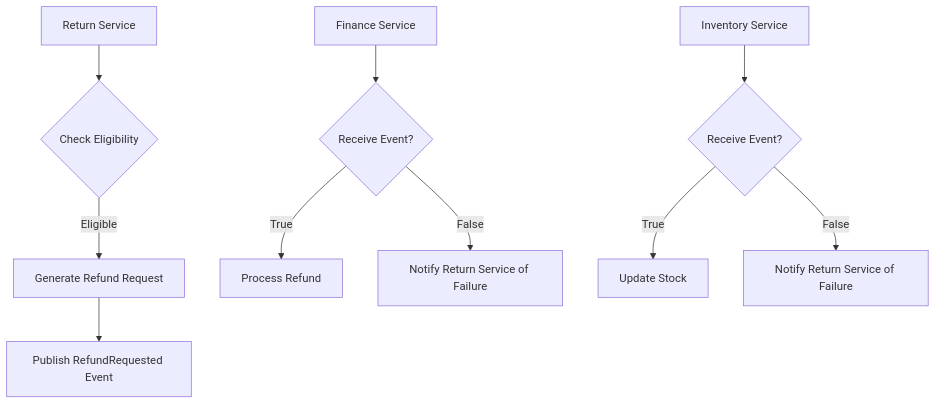
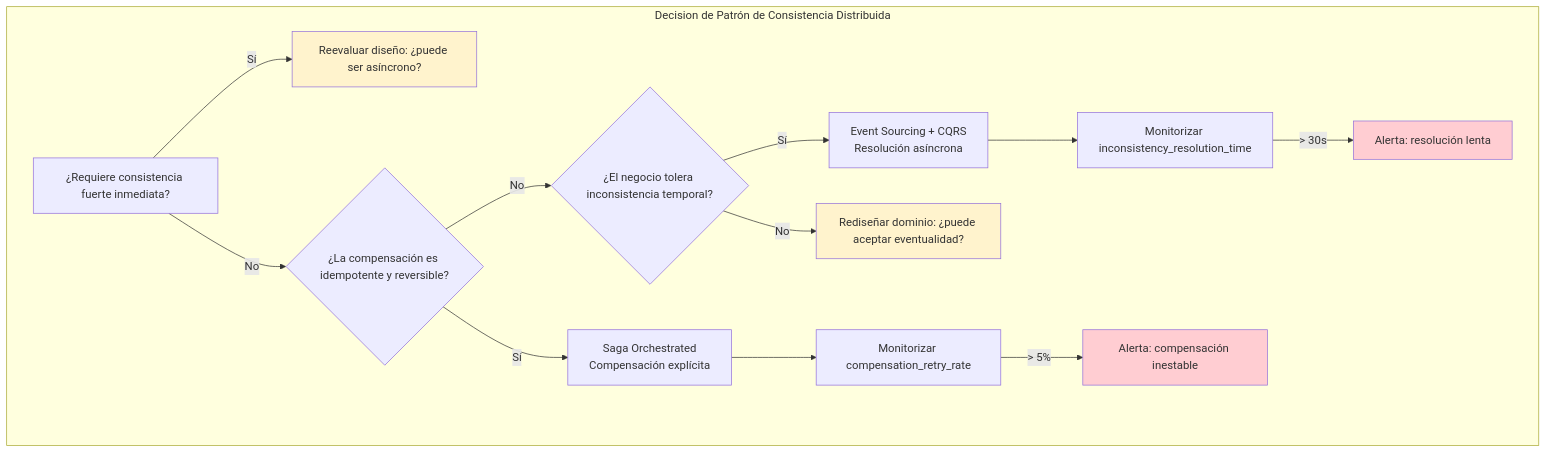
The first of 5 diagrams in _Review/transacciones_distribuidas_mas_alla_de_saga/transacciones_distribuidas_mas_alla_de_saga.md (Joaquinriosheredia/DAM-Java-Mastery), drawn with Mermaid before and after one commit. The commit also changed other lines of this file, not shown here.

Commit message:
transacciones_distribuidas_mas_alla_de_saga.md

````diff
--- a/_Review/transacciones_distribuidas_mas_alla_de_saga/transacciones_distribuidas_mas_alla_de_saga.md
+++ b/_Review/transacciones_distribuidas_mas_alla_de_saga/transacciones_distribuidas_mas_alla_de_saga.md
@@ -781,12 +78,22 @@
 ```mermaid
 graph TD
-    A[Return Service] --> B{Check Eligibility}
-    B -->|Eligible| C[Generate Refund Request]
-    C --> D[Publish RefundRequested Event]
-    E[Finance Service] --> F{Receive Event?}
-    F -->|True| G[Process Refund]
-    F -->|False| H[Notify Return Service of Failure]
-    I[Inventory Service] --> J{Receive Event?}
-    J -->|True| K[Update Stock]
-    J -->|False| L[Notify Return Service of Failure]
+    subgraph "Decision de Patrón de Consistencia Distribuida"
+        A[¿Requiere consistencia fuerte inmediata?] -->|Sí| REEVAL[Reevaluar diseño: ¿puede ser asíncrono?]
+        A -->|No| B{¿La compensación es idempotente y reversible?}
+        B -->|Sí| SAGA[Saga Orchestrated<br/>Compensación explícita]
+        B -->|No| C{¿El negocio tolera inconsistencia temporal?}
+        C -->|Sí| EVENTUAL[Event Sourcing + CQRS<br/>Resolución asíncrona]
+        C -->|No| REDESIGN[Rediseñar dominio: ¿puede aceptar eventualidad?]
+        
+        SAGA --> D[Monitorizar compensation_retry_rate]
+        EVENTUAL --> E[Monitorizar inconsistency_resolution_time]
+        
+        D -->|> 5%| ALERT1[Alerta: compensación inestable]
+        E -->|> 30s| ALERT2[Alerta: resolución lenta]
+    end
+    
+    style REEVAL fill:#fff3cd
+    style REDESIGN fill:#fff3cd
+    style ALERT1 fill:#ffcdd2
+    style ALERT2 fill:#ffcdd2
 ```
````
